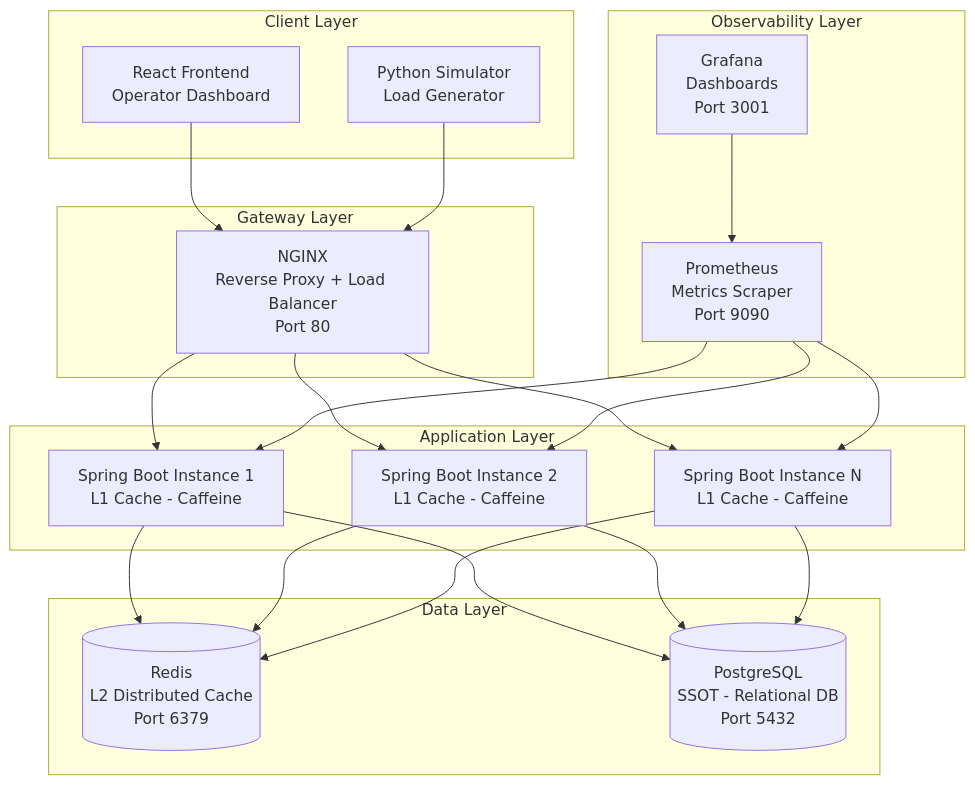
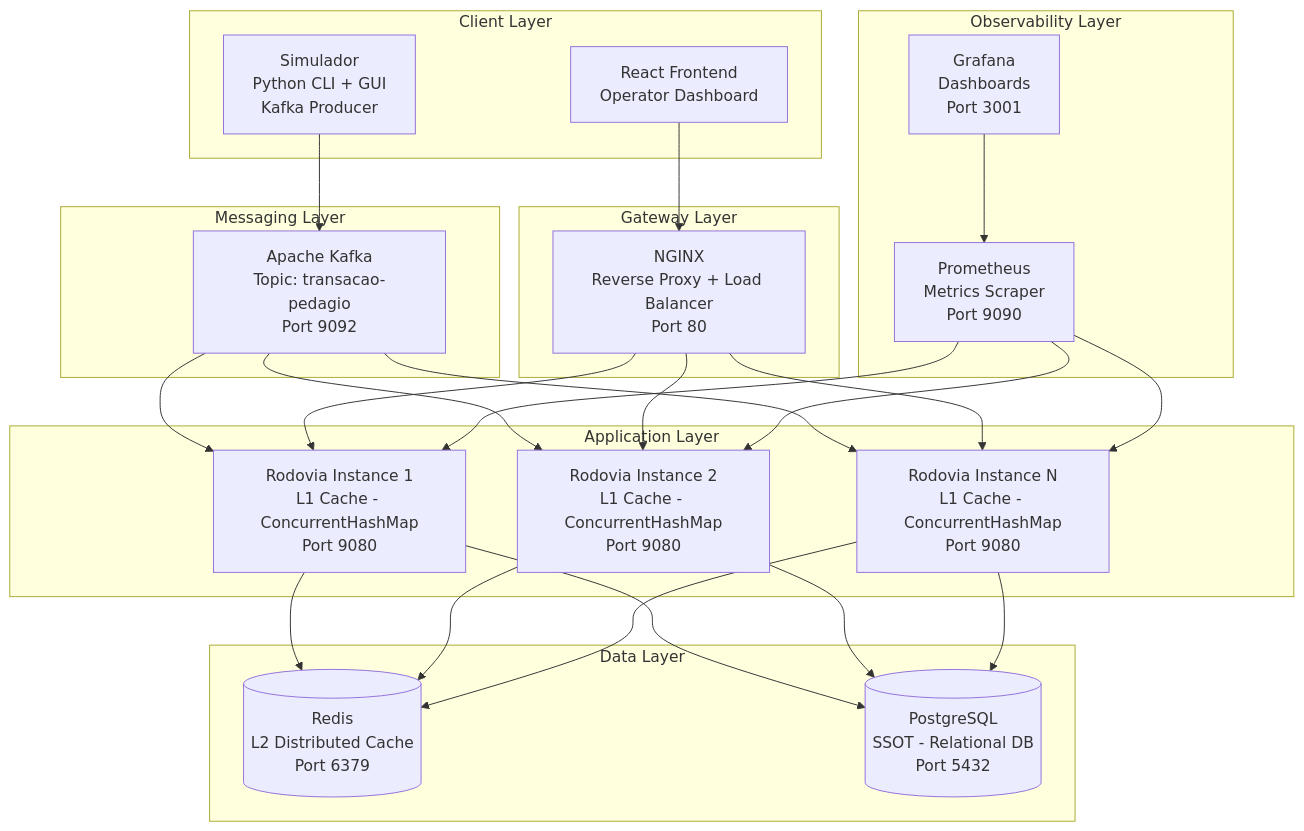
One commit to heloan/smart-toll-cache-system changed the first of 7 diagrams in docs/uml-diagrams.md. Above: the diagram before and after it, drawn with Mermaid. The commit also changed other lines of this file and 175 other files, not shown here.

First line of the commit message:
refactor: restructure project based on rodovia and simulador implementations

````diff
--- a/docs/uml-diagrams.md
+++ b/docs/uml-diagrams.md
@@ -9,43 +9,50 @@
 ```mermaid
 graph TB
     subgraph Client Layer
         FE[React Frontend<br/>Operator Dashboard]
-        SIM[Python Simulator<br/>Load Generator]
+        SIM[Simulador<br/>Python CLI + GUI<br/>Kafka Producer]
     end
 
     subgraph Gateway Layer
         NGINX[NGINX<br/>Reverse Proxy + Load Balancer<br/>Port 80]
     end
 
     subgraph Application Layer
-        SB1[Spring Boot Instance 1<br/>L1 Cache - Caffeine]
-        SB2[Spring Boot Instance 2<br/>L1 Cache - Caffeine]
-        SBN[Spring Boot Instance N<br/>L1 Cache - Caffeine]
+        SB1[Rodovia Instance 1<br/>L1 Cache - ConcurrentHashMap<br/>Port 9080]
+        SB2[Rodovia Instance 2<br/>L1 Cache - ConcurrentHashMap<br/>Port 9080]
+        SBN[Rodovia Instance N<br/>L1 Cache - ConcurrentHashMap<br/>Port 9080]
+    end
+
+    subgraph Messaging Layer
+        KAFKA[Apache Kafka<br/>Topic: transacao-pedagio<br/>Port 9092]
     end
 
     subgraph Data Layer
         REDIS[(Redis<br/>L2 Distributed Cache<br/>Port 6379)]
         PG[(PostgreSQL<br/>SSOT - Relational DB<br/>Port 5432)]
     end
 
     subgraph Observability Layer
         PROM[Prometheus<br/>Metrics Scraper<br/>Port 9090]
         GRAF[Grafana<br/>Dashboards<br/>Port 3001]
     end
 
     FE --> NGINX
-    SIM --> NGINX
+    SIM --> KAFKA
+    KAFKA --> SB1
+    KAFKA --> SB2
+    KAFKA --> SBN
     NGINX --> SB1
     NGINX --> SB2
     NGINX --> SBN
     SB1 --> REDIS
     SB2 --> REDIS
     SBN --> REDIS
     SB1 --> PG
     SB2 --> PG
     SBN --> PG
     PROM --> SB1
     PROM --> SB2
     PROM --> SBN
     GRAF --> PROM
 ```
````
